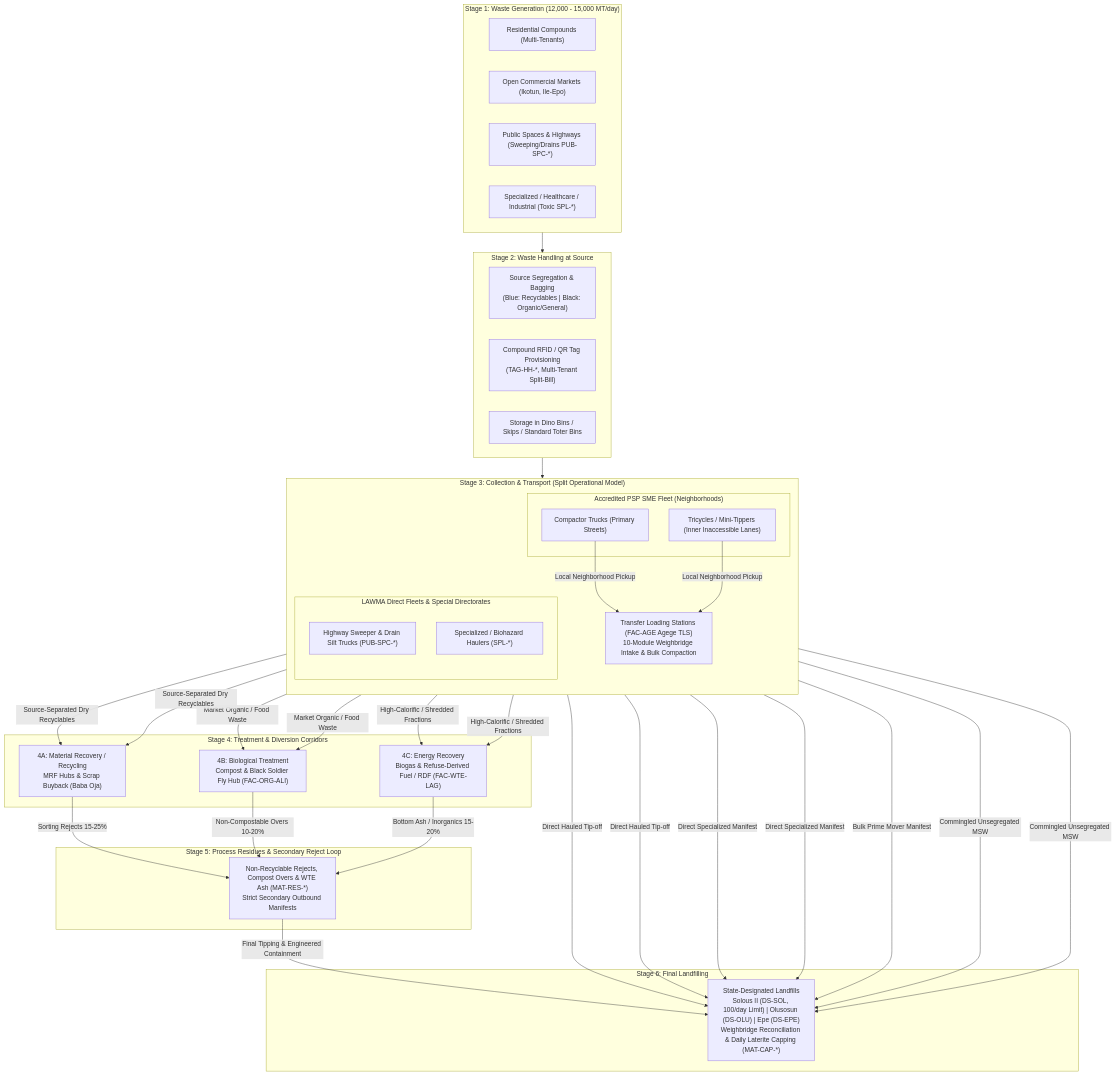
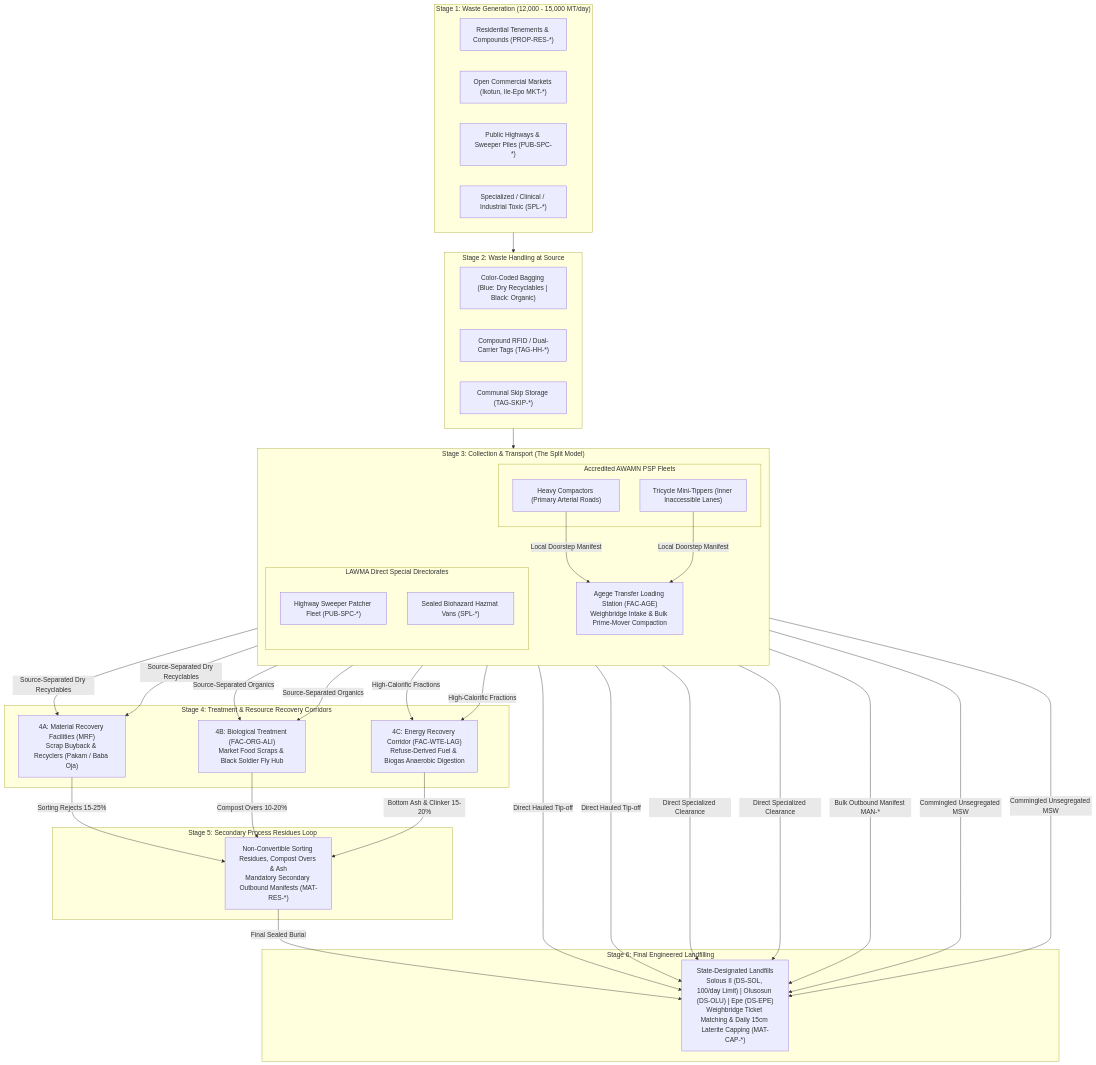
Before and after one commit to ismailquadri/SmartWaste360-Workspace: the diagram in docs/PRD.md, drawn with Mermaid. The commit also changed other lines of this file and 13 other files, not shown here.

Commit message:
docs(prd): architect comprehensive 11-module standalone PLD suite and update master PRD

````diff
--- a/docs/PRD.md
+++ b/docs/PRD.md
@@ -21,71 +83,67 @@
 ```mermaid
 flowchart TD
     %% STAGE 1
     subgraph S1 ["Stage 1: Waste Generation (12,000 - 15,000 MT/day)"]
-        G1["Residential Compounds (Multi-Tenants)"]
-        G2["Open Commercial Markets (Ikotun, Ile-Epo)"]
-        G3["Public Spaces & Highways (Sweeping/Drains PUB-SPC-*)"]
-        G4["Specialized / Healthcare / Industrial (Toxic SPL-*)"]
+        G1["Residential Tenements & Compounds (PROP-RES-*)"]
+        G2["Open Commercial Markets (Ikotun, Ile-Epo MKT-*)"]
+        G3["Public Highways & Sweeper Piles (PUB-SPC-*)"]
+        G4["Specialized / Clinical / Industrial Toxic (SPL-*)"]
     end
 
     %% STAGE 2
     subgraph S2 ["Stage 2: Waste Handling at Source"]
-        H1["Source Segregation & Bagging<br/>(Blue: Recyclables | Black: Organic/General)"]
-        H2["Compound RFID / QR Tag Provisioning<br/>(TAG-HH-*, Multi-Tenant Split-Bill)"]
-        H3["Storage in Dino Bins / Skips / Standard Toter Bins"]
+        H1["Color-Coded Bagging (Blue: Dry Recyclables | Black: Organic)"]
+        H2["Compound RFID / Dual-Carrier Tags (TAG-HH-*)"]
+        H3["Communal Skip Storage (TAG-SKIP-*)"]
     end
 
     %% STAGE 3
-    subgraph S3 ["Stage 3: Collection & Transport (Split Operational Model)"]
+    subgraph S3 ["Stage 3: Collection & Transport (The Split Model)"]
         direction TB
-        subgraph PSP_SPLIT ["Accredited PSP SME Fleet (Neighborhoods)"]
-            T1["Compactor Trucks (Primary Streets)"]
-            T2["Tricycles / Mini-Tippers (Inner Inaccessible Lanes)"]
+        subgraph PSP_FLEET ["Accredited AWAMN PSP Fleets"]
+            T1["Heavy Compactors (Primary Arterial Roads)"]
+            T2["Tricycle Mini-Tippers (Inner Inaccessible Lanes)"]
         end
-        subgraph LAWMA_SPLIT ["LAWMA Direct Fleets & Special Directorates"]
-            T3["Highway Sweeper & Drain Silt Trucks (PUB-SPC-*)"]
-            T4["Specialized / Biohazard Haulers (SPL-*)"]
+        subgraph LAWMA_FLEET ["LAWMA Direct Special Directorates"]
+            T3["Highway Sweeper Patcher Fleet (PUB-SPC-*)"]
+            T4["Sealed Biohazard Hazmat Vans (SPL-*)"]
         end
-        TLS["Transfer Loading Stations (FAC-AGE Agege TLS)<br/>10-Module Weighbridge Intake & Bulk Compaction"]
+        TLS["Agege Transfer Loading Station (FAC-AGE)<br/>Weighbridge Intake & Bulk Prime-Mover Compaction"]
     end
 
-    %% STAGE 4 (Diversion)
-    subgraph S4 ["Stage 4: Treatment & Diversion Corridors"]
-        MRF["4A: Material Recovery / Recycling<br/>MRF Hubs & Scrap Buyback (Baba Oja)"]
-        BIO["4B: Biological Treatment<br/>Compost & Black Soldier Fly Hub (FAC-ORG-ALI)"]
-        WTE["4C: Energy Recovery<br/>Biogas & Refuse-Derived Fuel / RDF (FAC-WTE-LAG)"]
+    %% STAGE 4
+    subgraph S4 ["Stage 4: Treatment & Resource Recovery Corridors"]
+        MRF["4A: Material Recovery Facilities (MRF)<br/>Scrap Buyback & Recyclers (Pakam / Baba Oja)"]
+        BIO["4B: Biological Treatment (FAC-ORG-ALI)<br/>Market Food Scraps & Black Soldier Fly Hub"]
+        WTE["4C: Energy Recovery Corridor (FAC-WTE-LAG)<br/>Refuse-Derived Fuel & Biogas Anaerobic Digestion"]
     end
 
-    %% STAGE 5 (Residue Loop)
-    subgraph S5 ["Stage 5: Process Residues & Secondary Reject Loop"]
-        RES["Non-Recyclable Rejects, Compost Overs & WTE Ash (MAT-RES-*)<br/>Strict Secondary Outbound Manifests"]
+    %% STAGE 5
+    subgraph S5 ["Stage 5: Secondary Process Residues Loop"]
+        RES["Non-Convertible Sorting Residues, Compost Overs & Ash<br/>Mandatory Secondary Outbound Manifests (MAT-RES-*)"]
     end
 
     %% STAGE 6
-    subgraph S6 ["Stage 6: Final Landfilling"]
-        LF["State-Designated Landfills<br/>Solous II (DS-SOL, 100/day Limit) | Olusosun (DS-OLU) | Epe (DS-EPE)<br/>Weighbridge Reconciliation & Daily Laterite Capping (MAT-CAP-*)"]
+    subgraph S6 ["Stage 6: Final Engineered Landfilling"]
+        LF["State-Designated Landfills<br/>Solous II (DS-SOL, 100/day Limit) | Olusosun (DS-OLU) | Epe (DS-EPE)<br/>Weighbridge Ticket Matching & Daily 15cm Laterite Capping (MAT-CAP-*)"]
     end
 
     %% CONNECTIONS
     S1 --> S2
     S2 --> S3
-    
-    T1 & T2 -->|Local Neighborhood Pickup| TLS
+    T1 & T2 -->|Local Doorstep Manifest| TLS
     T1 & T2 -->|Direct Hauled Tip-off| LF
-    T3 & T4 -->|Direct Specialized Manifest| LF
-    TLS -->|Bulk Prime Mover Manifest| LF
-    
-    %% Diversion Branches
+    T3 & T4 -->|Direct Specialized Clearance| LF
+    TLS -->|Bulk Outbound Manifest MAN-*| LF
+
     TLS & S3 -->|Source-Separated Dry Recyclables| MRF
-    TLS & S3 -->|Market Organic / Food Waste| BIO
-    TLS & S3 -->|High-Calorific / Shredded Fractions| WTE
-    
-    %% Direct Commingled to Landfill
+    TLS & S3 -->|Source-Separated Organics| BIO
+    TLS & S3 -->|High-Calorific Fractions| WTE
+
     TLS & S3 -->|Commingled Unsegregated MSW| LF
-    
-    %% Residue Feedback Loop to Landfill
+
     MRF -->|Sorting Rejects 15-25%| RES
-    BIO -->|Non-Compostable Overs 10-20%| RES
-    WTE -->|Bottom Ash / Inorganics 15-20%| RES
-    RES -->|Final Tipping & Engineered Containment| LF
+    BIO -->|Compost Overs 10-20%| RES
+    WTE -->|Bottom Ash & Clinker 15-20%| RES
+    RES -->|Final Sealed Burial| LF
 ```
````
